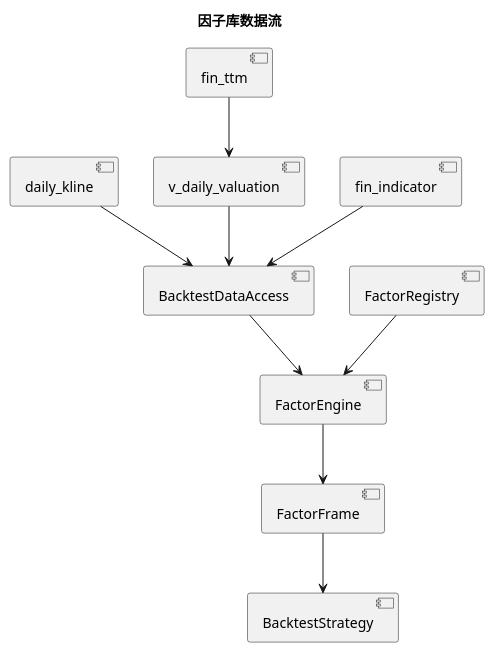
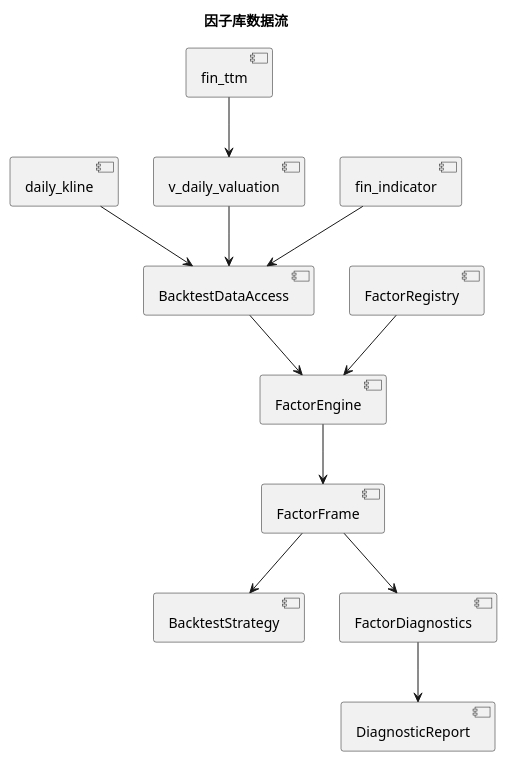
Before and after one commit to hrzzzrh/QuantPyLab: the diagram in docs/factor_library.md, drawn with PlantUML. The commit also changed other lines of this file and 33 other files, not shown here.

````diff
--- a/docs/factor_library.md
+++ b/docs/factor_library.md
@@ -9,15 +9,17 @@
 ```plantuml
 @startuml
 skinparam componentStyle uml2
 title 因子库数据流
 
 [daily_kline] --> [BacktestDataAccess]
 [fin_ttm] --> [v_daily_valuation]
 [fin_indicator] --> [BacktestDataAccess]
 [v_daily_valuation] --> [BacktestDataAccess]
 [BacktestDataAccess] --> [FactorEngine]
 [FactorRegistry] --> [FactorEngine]
 [FactorEngine] --> [FactorFrame]
 [FactorFrame] --> [BacktestStrategy]
+[FactorFrame] --> [FactorDiagnostics]
+[FactorDiagnostics] --> [DiagnosticReport]
 @enduml
 ```
````
